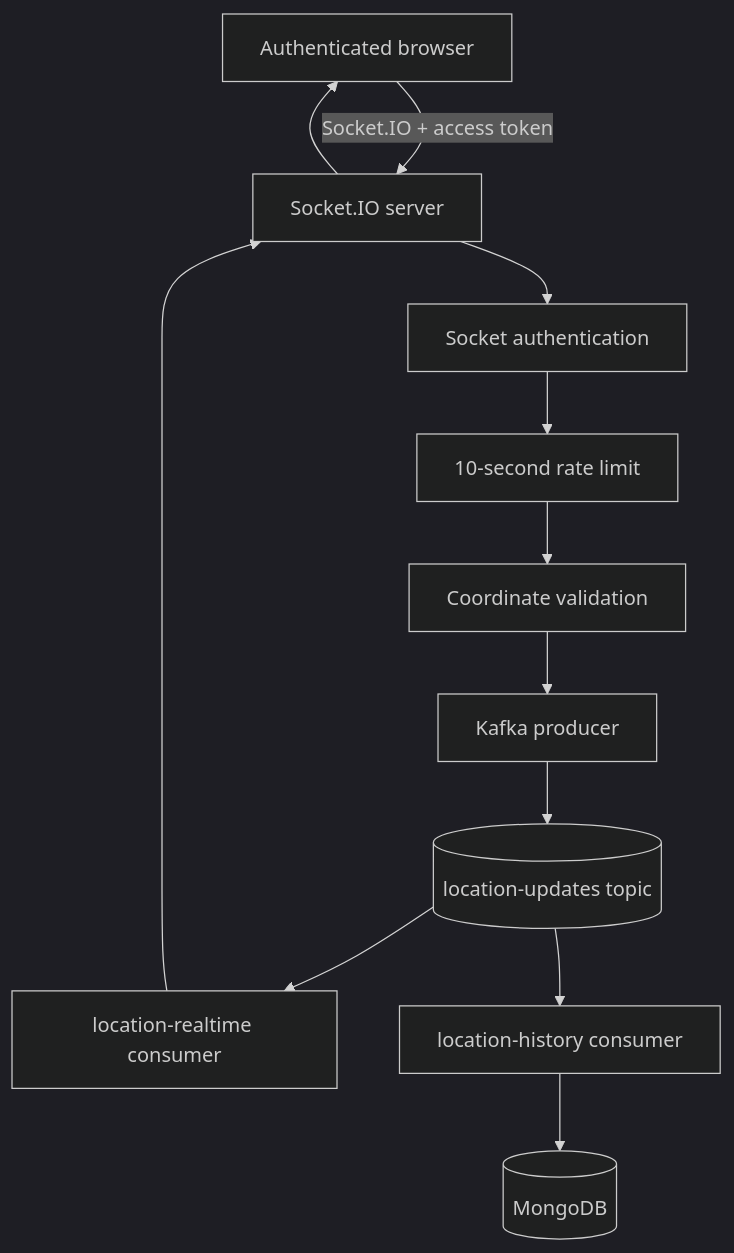
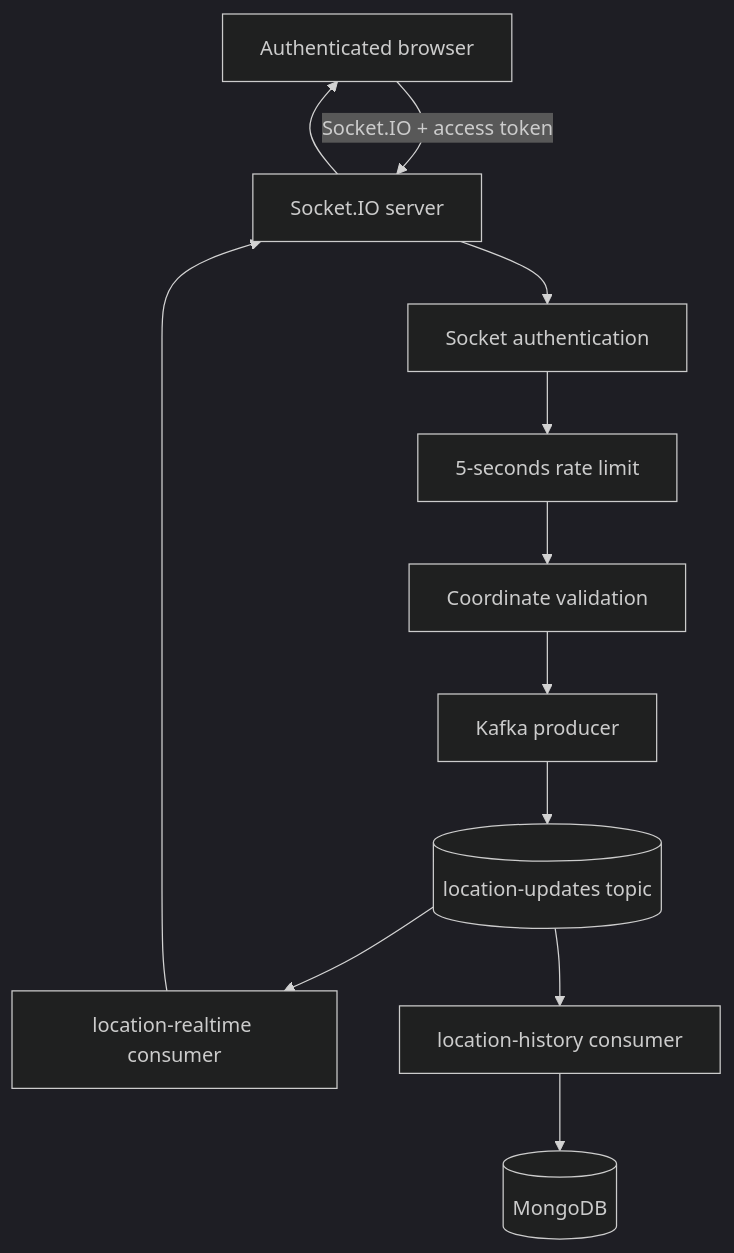
The first of 3 diagrams in README.md (maazhafeez698/kafka-live-location-tracker), drawn with Mermaid (dark theme) before and after one commit. The commit also changed other lines of this file and 6 other files, not shown here.

````diff
--- a/README.md
+++ b/README.md
@@ -54,14 +52,14 @@
 ```mermaid
 flowchart TD
     U[Authenticated browser] -->|Socket.IO + access token| S[Socket.IO server]
     S --> A[Socket authentication]
-    A --> L[10-second rate limit]
+    A --> L[5-seconds rate limit]
     L --> V[Coordinate validation]
     V --> P[Kafka producer]
     P --> T[(location-updates topic)]
     T --> R[location-realtime consumer]
     R --> S
     S --> U
     T --> H[location-history consumer]
     H --> M[(MongoDB)]
 ```
````
